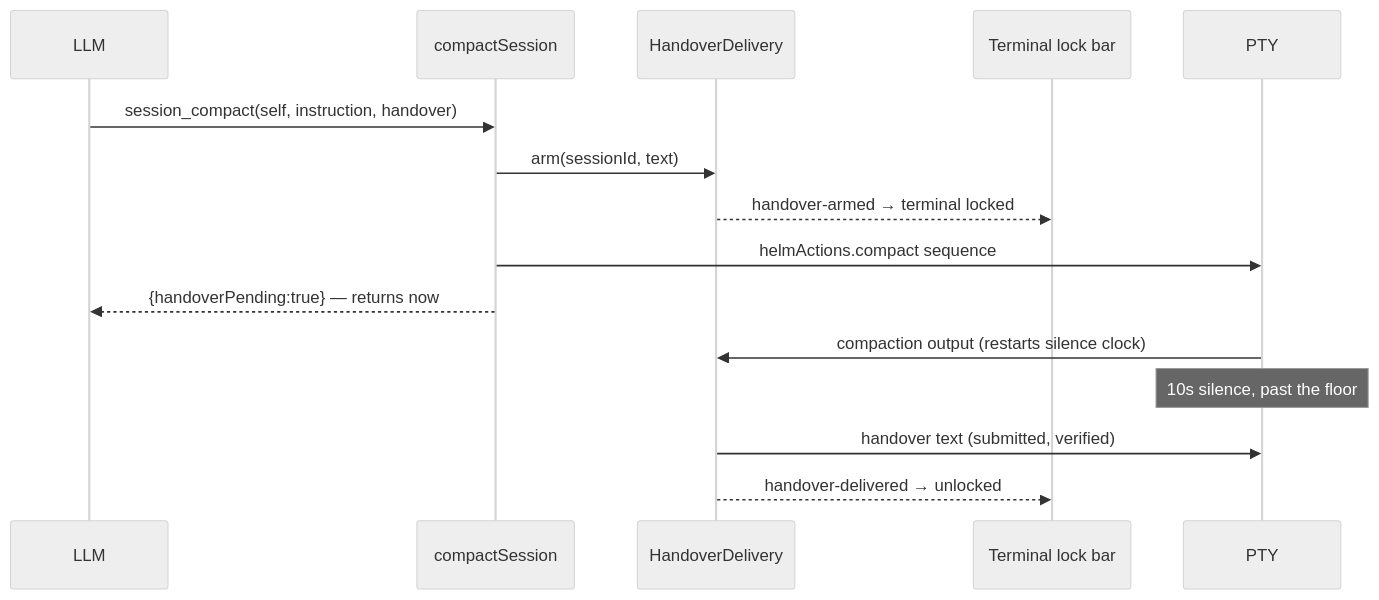
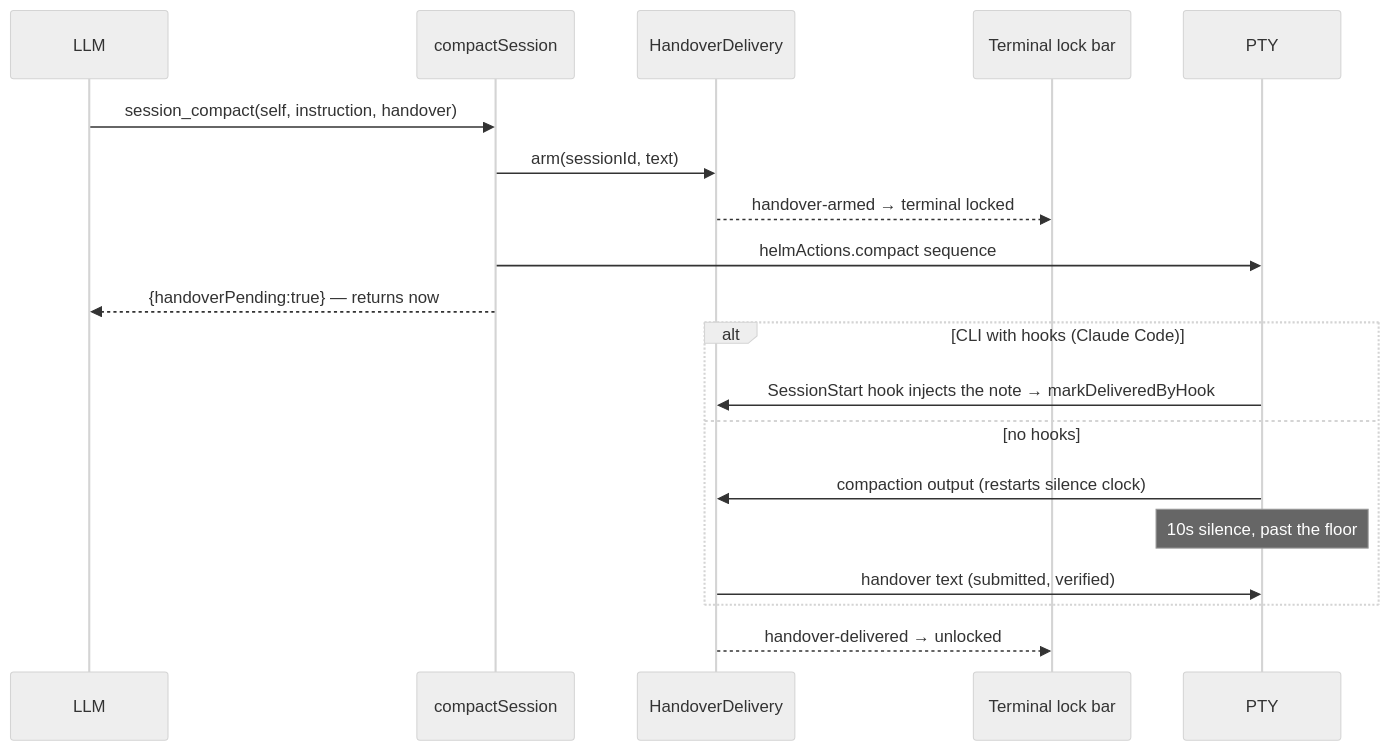
The first of 3 diagrams in docs/handover.md (PetePeter/helm), drawn with Mermaid (neutral theme) before and after one commit. The commit also changed other lines of this file and 7 other files, not shown here.

First line of the commit message:
feat(handover): gate compacts on idle; hook-delivered notes skip the paste

````diff
--- a/docs/handover.md
+++ b/docs/handover.md
@@ -24,18 +24,22 @@
 ```mermaid
 sequenceDiagram
     participant LLM
     participant SC as compactSession
     participant HD as HandoverDelivery
     participant UI as Terminal lock bar
     participant PTY
 
     LLM->>SC: session_compact(self, instruction, handover)
     SC->>HD: arm(sessionId, text)
     HD-->>UI: handover-armed → terminal locked
     SC->>PTY: helmActions.compact sequence
     SC-->>LLM: {handoverPending:true} — returns now
-    PTY->>HD: compaction output (restarts silence clock)
-    Note over PTY: 10s silence, past the floor
-    HD->>PTY: handover text (submitted, verified)
+    alt CLI with hooks (Claude Code)
+        PTY->>HD: SessionStart hook injects the note → markDeliveredByHook
+    else no hooks
+        PTY->>HD: compaction output (restarts silence clock)
+        Note over PTY: 10s silence, past the floor
+        HD->>PTY: handover text (submitted, verified)
+    end
     HD-->>UI: handover-delivered → unlocked
 ```
````
